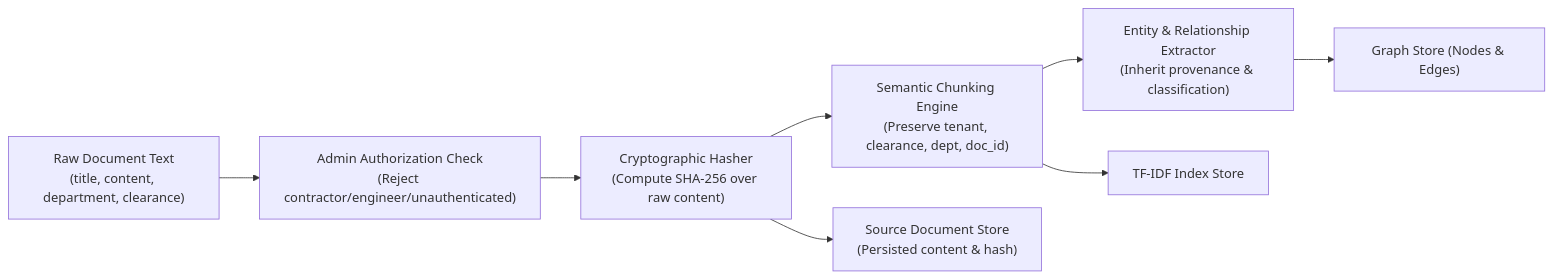
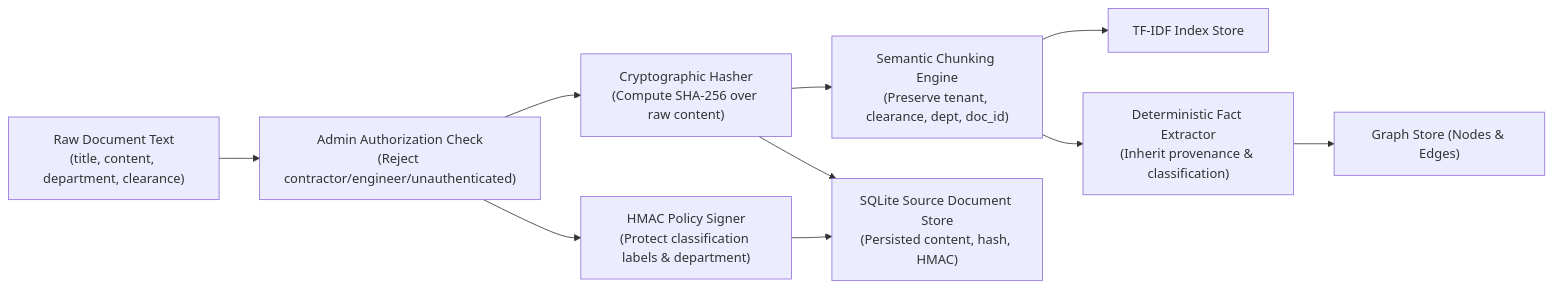
One commit to addiee13/graphrag-dlp changed the fifth of 5 diagrams in docs/ARCHITECTURE.md. Above: the diagram before and after it, drawn with Mermaid. The commit also changed other lines of this file and 4 other files, not shown here.

Commit message:
docs: synchronize architecture, security, plan, acceptance, and runbook with implemented system

````diff
--- a/docs/ARCHITECTURE.md
+++ b/docs/ARCHITECTURE.md
@@ -242,19 +248,22 @@
 ```mermaid
 flowchart LR
     Doc["Raw Document Text\n(title, content, department, clearance)"]
     AdminAuth["Admin Authorization Check\n(Reject contractor/engineer/unauthenticated)"]
     Hasher["Cryptographic Hasher\n(Compute SHA-256 over raw content)"]
+    Signer["HMAC Policy Signer\n(Protect classification labels & department)"]
     Chunker["Semantic Chunking Engine\n(Preserve tenant, clearance, dept, doc_id)"]
-    GraphExtractor["Entity & Relationship Extractor\n(Inherit provenance & classification)"]
-    DocStore["Source Document Store\n(Persisted content & hash)"]
+    GraphExtractor["Deterministic Fact Extractor\n(Inherit provenance & classification)"]
+    DocStore["SQLite Source Document Store\n(Persisted content, hash, HMAC)"]
     VectorIndex["TF-IDF Index Store"]
     GraphDB["Graph Store (Nodes & Edges)"]
 
     Doc --> AdminAuth
     AdminAuth --> Hasher
+    AdminAuth --> Signer
     Hasher --> Chunker
+    Signer --> DocStore
     Hasher --> DocStore
     Chunker --> VectorIndex
     Chunker --> GraphExtractor
     GraphExtractor --> GraphDB
 ```
````
